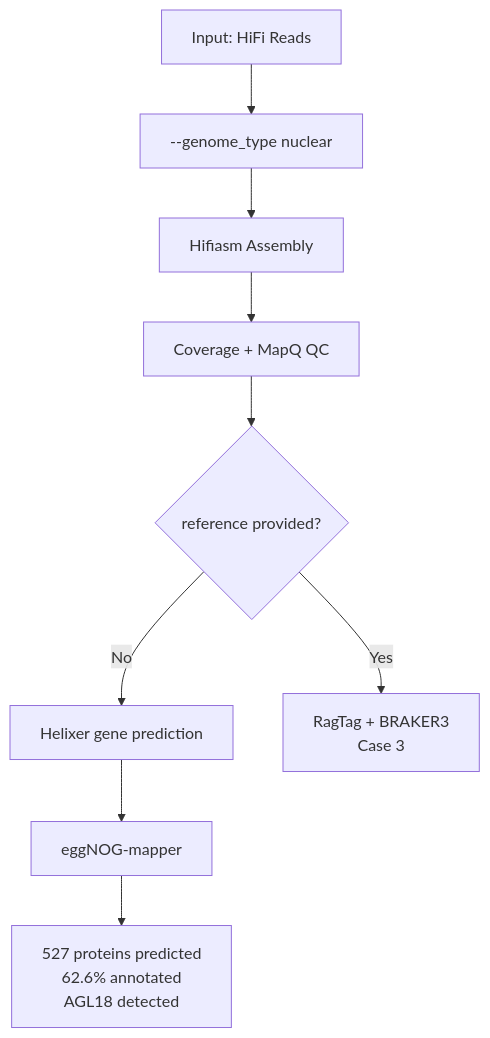
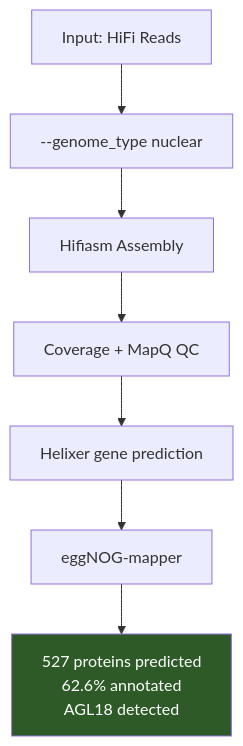
Before and after one commit to NaouelEldjouher/NaouelEldjouher.github.io: the diagram in _posts/2026-05-29-omnidomain-day-4.md, drawn with Mermaid. The commit also changed other lines of this file, not shown here.

```diff
--- a/_posts/2026-05-29-omnidomain-day-4.md
+++ b/_posts/2026-05-29-omnidomain-day-4.md
@@ -27,11 +27,11 @@
 <pre class="mermaid" style="display: flex; justify-content: center; margin: 40px 0; background: transparent; border: none;">
 graph TD
     A[Input: HiFi Reads] --> B[--genome_type nuclear]
     B --> C[Hifiasm Assembly]
     C --> D[Coverage + MapQ QC]
-    D --> E{reference provided?}
-    E -->|No| F[Helixer gene prediction]
+    D --> F[Helixer gene prediction]
     F --> G[eggNOG-mapper]
     G --> H[527 proteins predicted\n62.6% annotated\nAGL18 detected]
-    E -->|Yes| I[RagTag + BRAKER3\nCase 3]
+    
+    style H fill:#2d5a27,color:#fff
 </pre>
```
